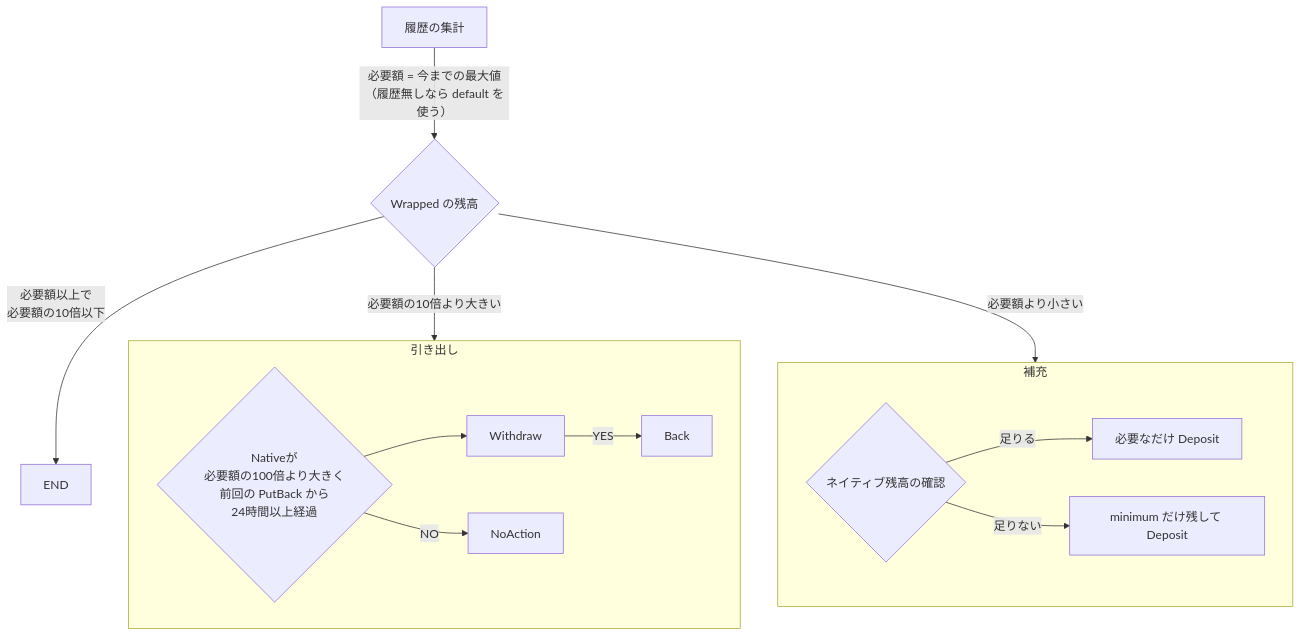
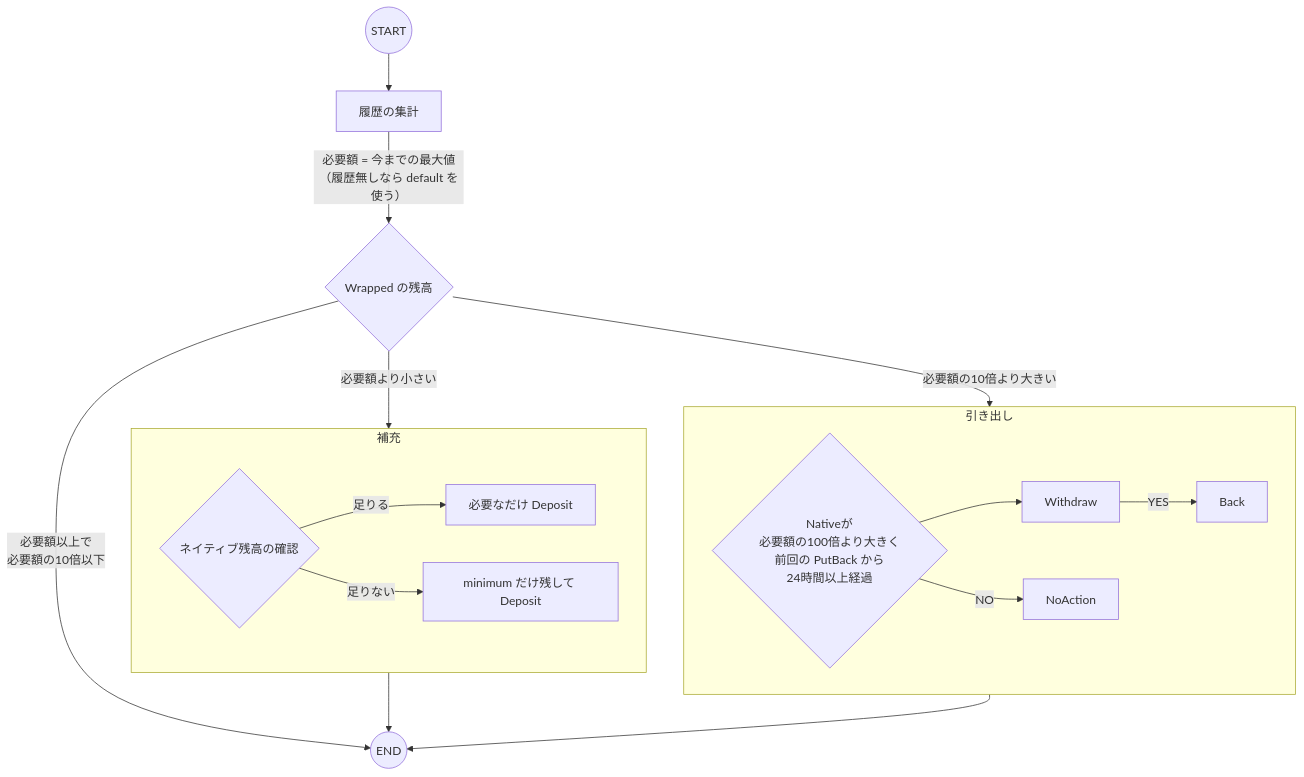
The diagram in diagram/account_balance.mermaid (fathens/zaciraci), drawn with Mermaid before and after one commit.

Commit message:
Add Start and End nodes to account balance diagram
Updated the diagram to include explicit Start and End nodes for clarity. Adjusted connections to ensure proper flow and alignment with process logic. Improved readability and consistency in transition paths.

```diff
--- a/diagram/account_balance.mermaid
+++ b/diagram/account_balance.mermaid
@@ -1,18 +1,22 @@
 graph TD
-    StatsHistory[履歴の集計] -->|必要額 = 今までの最大値<br>（履歴無しなら default を使う）| WrappedAmount{Wrapped の残高}
+    Start((START)) --> StatsHistory[履歴の集計]
+    StatsHistory -->|必要額 = 今までの最大値<br>（履歴無しなら default を使う）| WrappedAmount{Wrapped の残高}
     WrappedAmount -->|必要額の10倍より大きい| PutBack
-    WrappedAmount -->|必要額以上で<br>必要額の10倍以下| END
+    WrappedAmount -->|必要額以上で<br>必要額の10倍以下| End((END))
     WrappedAmount -->|必要額より小さい| PutWrap
 
     subgraph PutWrap[補充]
         CheckNative{ネイティブ残高の確認}
         CheckNative -->|足りる| DepositFull[必要なだけ Deposit]
         CheckNative -->|足りない| DepositLess[minimum だけ残して Deposit]
     end
 
     subgraph PutBack[引き出し]
         NativeAmount{Nativeが<br>必要額の100倍より大きく<br>前回の PutBack から<br>24時間以上経過}
         NativeAmount --> Withdraw
         Withdraw -->|YES| Back
         NativeAmount -->|NO| NoAction
     end
+
+    PutWrap --> End
+    PutBack --> End
```
